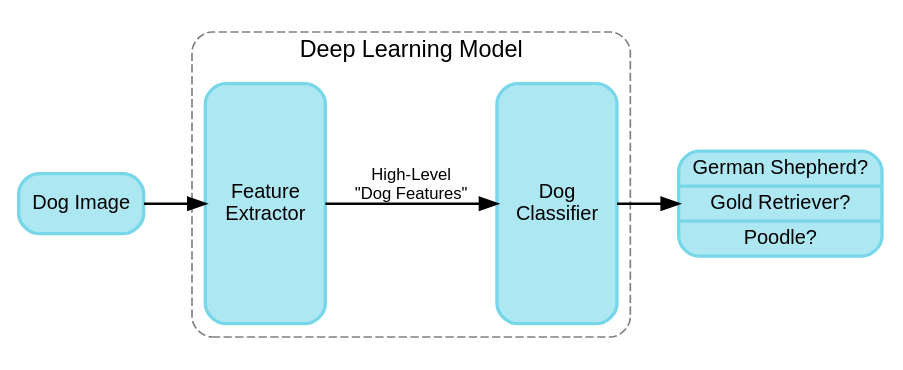
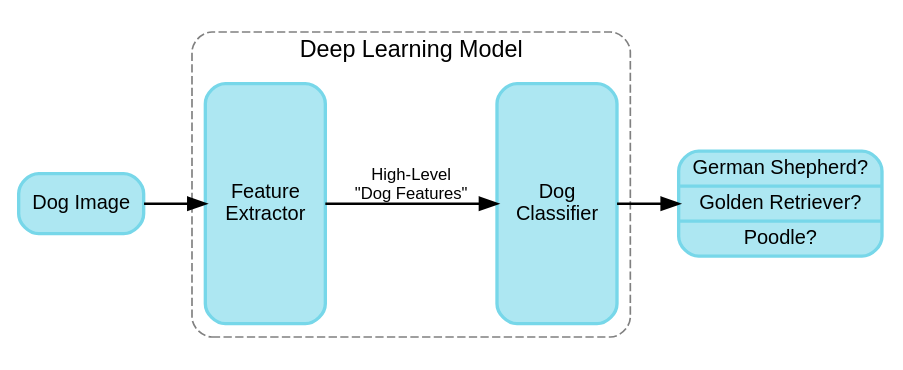
Before and after one commit to mbr4477/blog: the first of 3 diagrams in content/blog/fewshot.md, drawn with Graphviz.

Commit message:
Fix typos and diagram

````diff
--- a/content/blog/fewshot.md
+++ b/content/blog/fewshot.md
@@ -13,32 +13,32 @@
 ```dot
 digraph G {
   rankdir=LR;
   graph[fontname=Arial]
   node[
     shape=box,
     style="rounded,filled,solid",
     fontname=Arial,
     fillcolor="#ADE7F2",
     penwidth="2",
     color="#77D7E9",
     fontsize=12
   ]
   edge[
     penwidth=1.5,
     fontname=Arial,
     fontsize=10
   ]
   input[label="Dog Image"]
   subgraph cluster_dl {
     label="Deep Learning Model"
     style="rounded,dashed"
     color=gray
     features[label="Feature\nExtractor",width=1,height=2]
     classifier[label="Dog\nClassifier",width=1,height=2]  
   }
-  output[label="German Shepherd? | Gold Retriever? | Poodle?",shape=record]
+  output[label="German Shepherd? | Golden Retriever? | Poodle?",shape=record]
   input -> features
   features -> classifier [label="High-Level\n\"Dog Features\""]
   classifier -> output
 }
 ```
````
